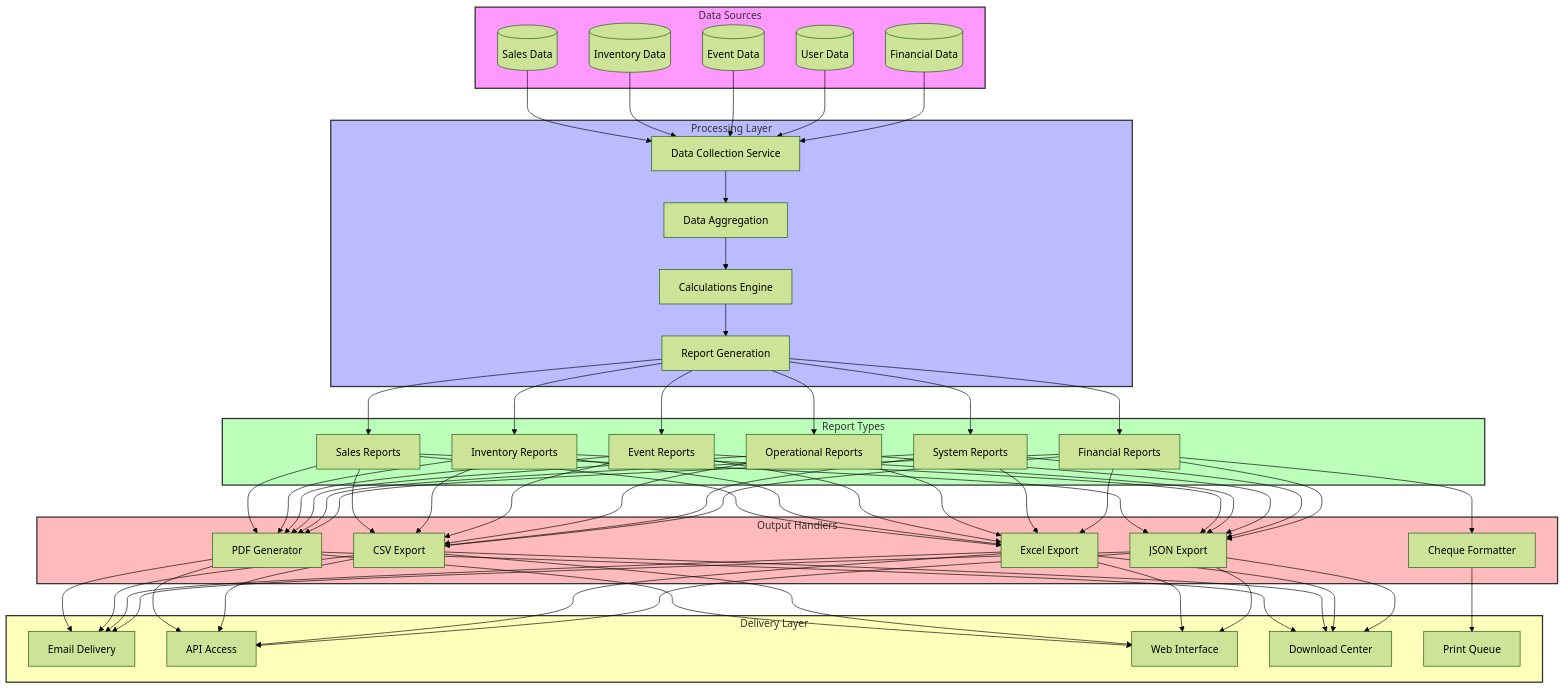
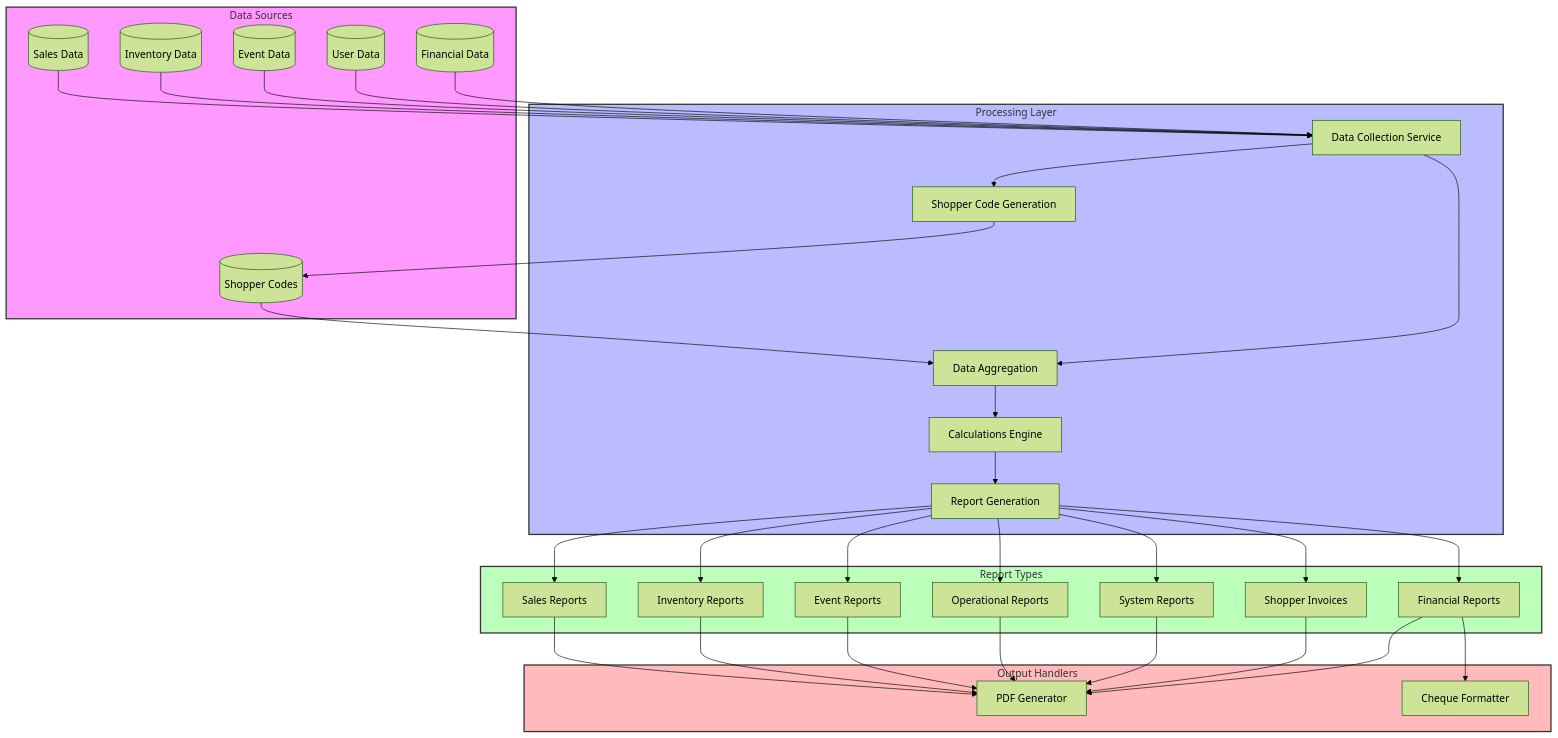
One commit to atEverychance/ProjectCR changed the diagram in docs/diagrams/reporting-architecture.mmd. Above: the diagram before and after it, drawn with Mermaid (forest theme). The commit also changed 13 other files, not shown here.

```diff
--- a/docs/diagrams/reporting-architecture.mmd
+++ b/docs/diagrams/reporting-architecture.mmd
@@ -1,64 +1,54 @@
 flowchart TD
     subgraph DataSources[Data Sources]
         Sales[(Sales Data)]
         Inventory[(Inventory Data)]
         Events[(Event Data)]
         Users[(User Data)]
         Financial[(Financial Data)]
+        ShopperCodes[(Shopper Codes)]
     end
 
     subgraph ProcessingLayer[Processing Layer]
         DataCollection[Data Collection Service]
         Aggregation[Data Aggregation]
         Calculation[Calculations Engine]
         Generation[Report Generation]
+        ShopperCodeGen[Shopper Code Generation]
     end
 
     subgraph ReportTypes[Report Types]
         SalesReports[Sales Reports]
         InventoryReports[Inventory Reports]
         EventReports[Event Reports]
         FinancialReports[Financial Reports]
         OperationalReports[Operational Reports]
         SystemReports[System Reports]
+        ShopperInvoices[Shopper Invoices]
     end
 
     subgraph OutputHandlers[Output Handlers]
         PDFGenerator[PDF Generator]
-        CSVExport[CSV Export]
-        ExcelExport[Excel Export]
-        JSONExport[JSON Export]
         ChequeFormat[Cheque Formatter]
-    end
-
-    subgraph DeliveryLayer[Delivery Layer]
-        EmailDelivery[Email Delivery]
-        APIAccess[API Access]
-        WebInterface[Web Interface]
-        DownloadCenter[Download Center]
-        PrintQueue[Print Queue]
     end
 
     %% Data Flow
     Sales & Inventory & Events & Users & Financial --> DataCollection
+    DataCollection --> ShopperCodeGen
+    ShopperCodeGen --> ShopperCodes
+    ShopperCodes --> Aggregation
     DataCollection --> Aggregation
     Aggregation --> Calculation
     Calculation --> Generation
 
     %% Report Generation Flow
-    Generation --> SalesReports & InventoryReports & EventReports & FinancialReports & OperationalReports & SystemReports
+    Generation --> SalesReports & InventoryReports & EventReports & FinancialReports & OperationalReports & SystemReports & ShopperInvoices
 
     %% Output Processing
-    SalesReports & InventoryReports & EventReports & OperationalReports & SystemReports --> PDFGenerator & CSVExport & ExcelExport & JSONExport
-    FinancialReports --> PDFGenerator & CSVExport & ExcelExport & JSONExport & ChequeFormat
-
-    %% Delivery Flow
-    PDFGenerator & CSVExport & ExcelExport & JSONExport --> EmailDelivery & APIAccess & WebInterface & DownloadCenter
-    ChequeFormat --> PrintQueue
+    SalesReports & InventoryReports & EventReports & OperationalReports & SystemReports & ShopperInvoices --> PDFGenerator
+    FinancialReports --> PDFGenerator & ChequeFormat
 
     %% Styling
     style DataSources fill:#f9f,stroke:#333,stroke-width:2px
     style ProcessingLayer fill:#bbf,stroke:#333,stroke-width:2px
     style ReportTypes fill:#bfb,stroke:#333,stroke-width:2px
     style OutputHandlers fill:#fbb,stroke:#333,stroke-width:2px
-    style DeliveryLayer fill:#ffb,stroke:#333,stroke-width:2px
```
